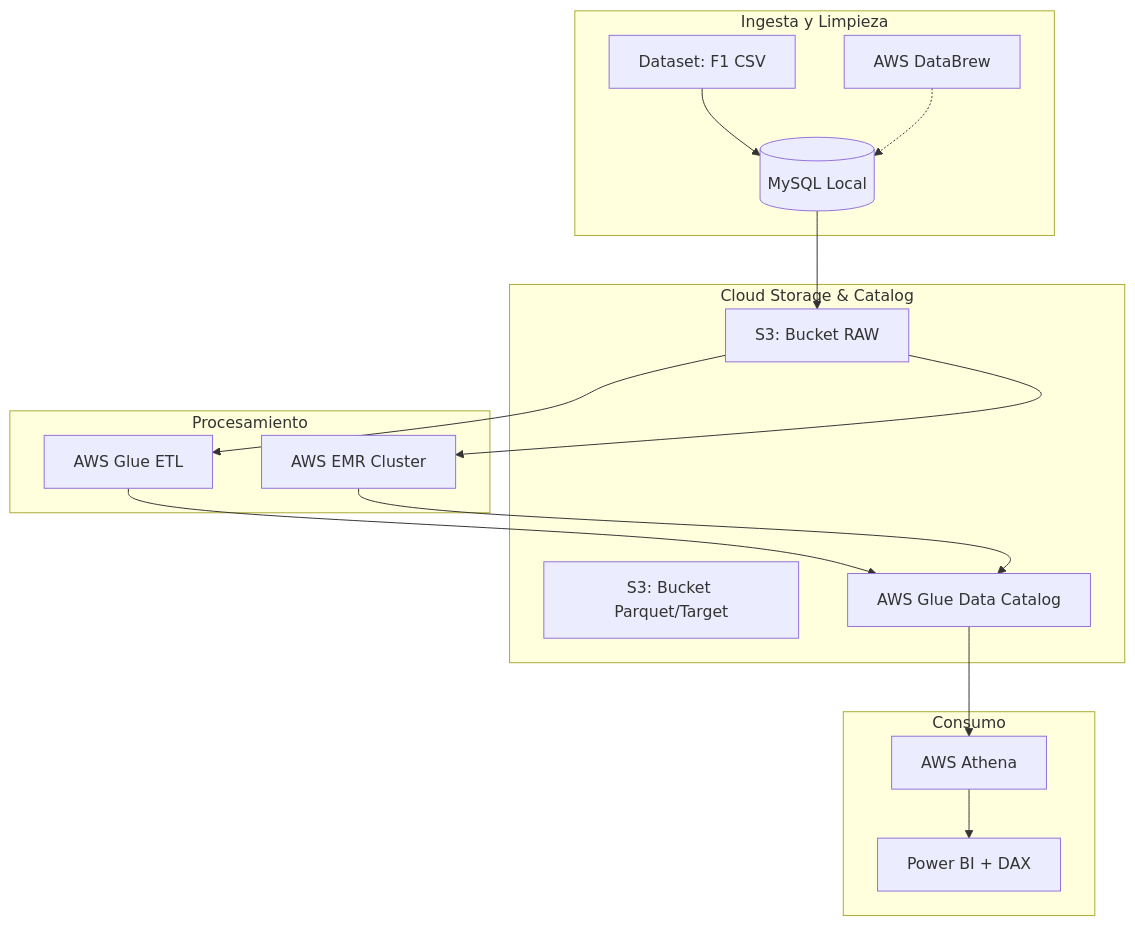
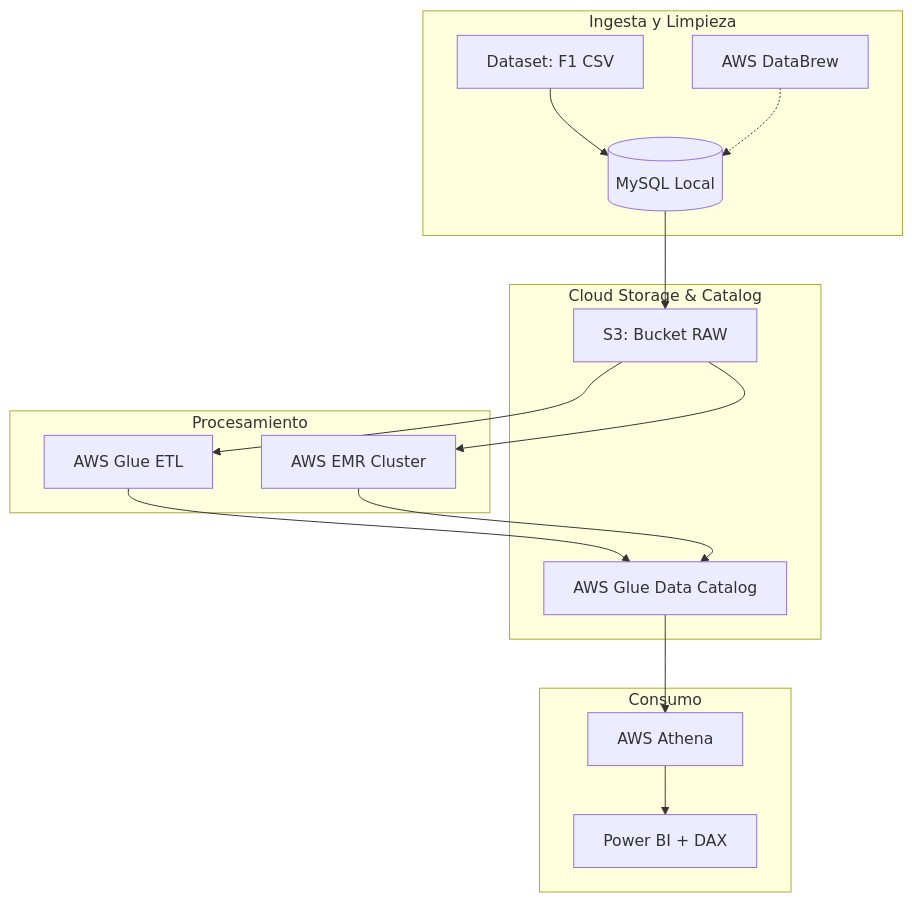
Before and after one commit to alvaront99/aws-pyspark-f1-analytics: the diagram in README.md, drawn with Mermaid.

Commit message:
Remove S3 Target bucket from README diagram
Removed reference to S3 Target bucket in the diagram.

````diff
--- a/README.md
+++ b/README.md
@@ -12,33 +12,32 @@
 ```mermaid
 graph TD
     subgraph "Ingesta y Limpieza"
         Kaggle[Dataset: F1 CSV]
         MySQL[(MySQL Local)]
         Brew[AWS DataBrew]
     end
 
     subgraph "Cloud Storage & Catalog"
         S3_Raw[S3: Bucket RAW]
-        S3_Target[S3: Bucket Parquet/Target]
         GlueCat[AWS Glue Data Catalog]
     end
 
     subgraph "Procesamiento"
         EMR[AWS EMR Cluster]
         Glue[AWS Glue ETL]
     end
 
     subgraph "Consumo"
         Athena[AWS Athena]
         PBI[Power BI + DAX]
     end
 
     Kaggle --> MySQL
     MySQL --> S3_Raw
     Brew -.-> MySQL
     S3_Raw --> EMR
     S3_Raw --> Glue
     Glue & EMR --> GlueCat
     GlueCat --> Athena
     Athena --> PBI
 ```
````
